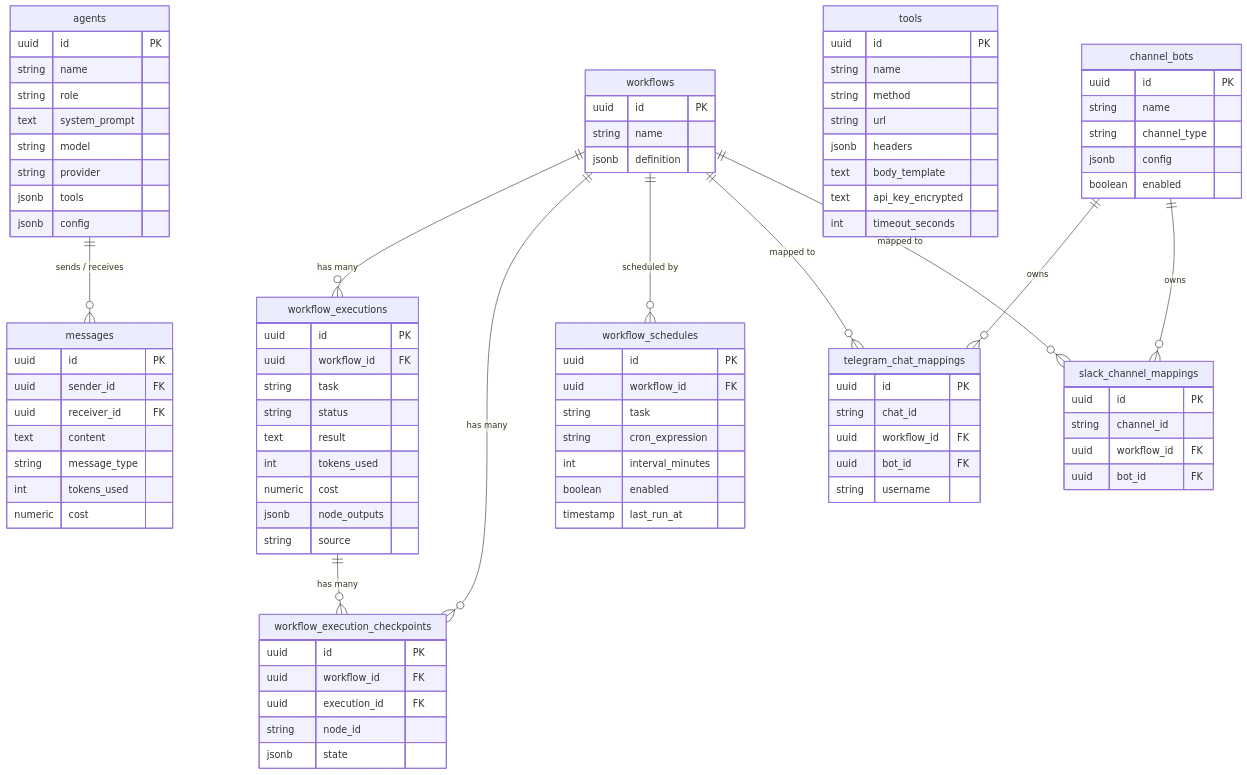
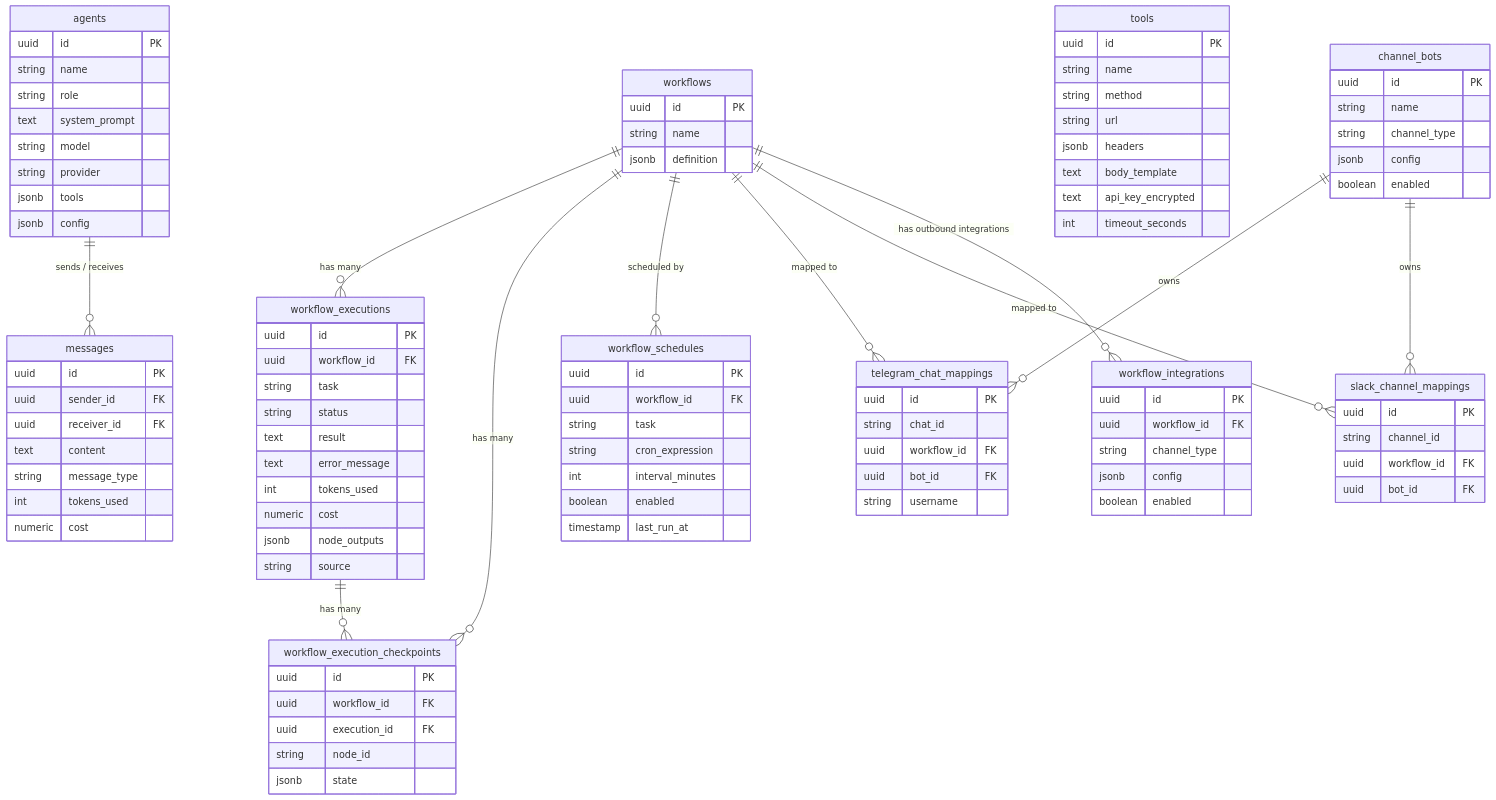
Before and after one commit to namratesh/AI-Agent-Orchestration-Platform: the tenth of 10 diagrams in documents/architecture.md, drawn with Mermaid. The commit also changed other lines of this file and 9 other files, not shown here.

````diff
--- a/documents/architecture.md
+++ b/documents/architecture.md
@@ -412,6 +417,7 @@
         string  task
         string  status
         text    result
+        text    error_message
         int     tokens_used
         numeric cost
         jsonb   node_outputs
@@ -453,6 +459,13 @@
         uuid    workflow_id  FK
         uuid    bot_id       FK
     }
+    workflow_integrations {
+        uuid    id           PK
+        uuid    workflow_id  FK
+        string  channel_type
+        jsonb   config
+        boolean enabled
+    }
 
     agents              ||--o{ messages                        : "sends / receives"
     workflows           ||--o{ workflow_executions             : "has many"
@@ -463,4 +476,5 @@
     workflow_executions ||--o{ workflow_execution_checkpoints  : "has many"
     channel_bots        ||--o{ telegram_chat_mappings          : "owns"
     channel_bots        ||--o{ slack_channel_mappings          : "owns"
+    workflows           ||--o{ workflow_integrations            : "has outbound integrations"
 ```
````
